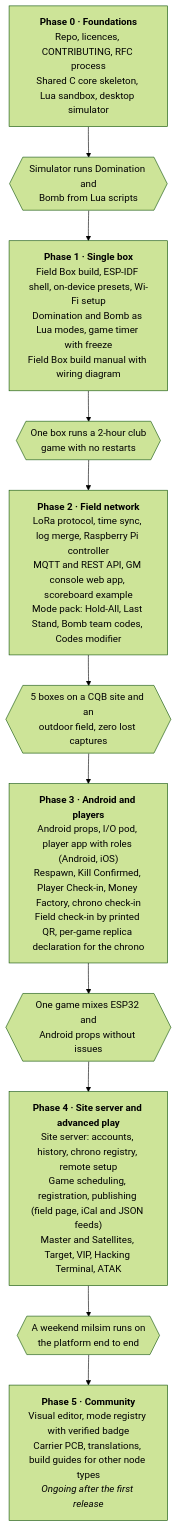
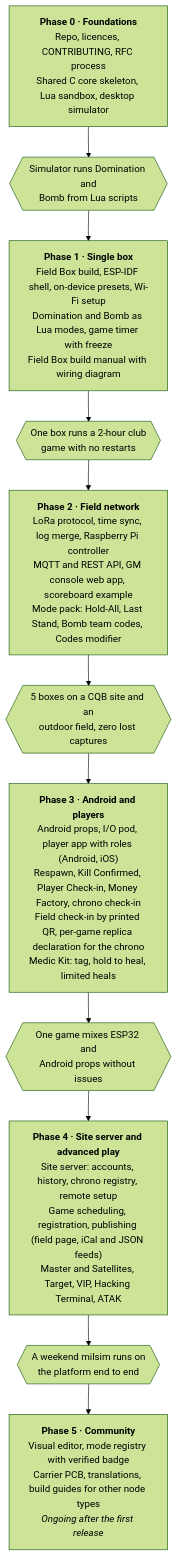
One commit to vakaobr/atalaia-project changed the third of 3 diagrams in docs/design-spec.md. Above: the diagram before and after it, drawn with Mermaid (forest theme). The commit also changed other lines of this file and 6 other files, not shown here.

First line of the commit message:
docs: queue the Medic Kit (Ligaduras) after phase 3 plan phase E

````diff
--- a/docs/design-spec.md
+++ b/docs/design-spec.md
@@ -961,15 +962,15 @@
 ```mermaid
 flowchart TB
     p0["<b>Phase 0 · Foundations</b><br/>Repo, licences, CONTRIBUTING, RFC process<br/>Shared C core skeleton, Lua sandbox, desktop simulator"]
     g0{{"Simulator runs Domination and<br/>Bomb from Lua scripts"}}
     p1["<b>Phase 1 · Single box</b><br/>Field Box build, ESP-IDF shell, on-device presets, Wi-Fi setup<br/>Domination and Bomb as Lua modes, game timer with freeze<br/>Field Box build manual with wiring diagram"]
     g1{{"One box runs a 2-hour club<br/>game with no restarts"}}
     p2["<b>Phase 2 · Field network</b><br/>LoRa protocol, time sync, log merge, Raspberry Pi controller<br/>MQTT and REST API, GM console web app, scoreboard example<br/>Mode pack: Hold-All, Last Stand, Bomb team codes, Codes modifier"]
     g2{{"5 boxes on a CQB site and an<br/>outdoor field, zero lost captures"}}
-    p3["<b>Phase 3 · Android and players</b><br/>Android props, I/O pod, player app with roles (Android, iOS)<br/>Respawn, Kill Confirmed, Player Check-in, Money Factory, chrono check-in<br/>Field check-in by printed QR, per-game replica declaration for the chrono"]
+    p3["<b>Phase 3 · Android and players</b><br/>Android props, I/O pod, player app with roles (Android, iOS)<br/>Respawn, Kill Confirmed, Player Check-in, Money Factory, chrono check-in<br/>Field check-in by printed QR, per-game replica declaration for the chrono<br/>Medic Kit: tag, hold to heal, limited heals"]
     g3{{"One game mixes ESP32 and<br/>Android props without issues"}}
     p4["<b>Phase 4 · Site server and advanced play</b><br/>Site server: accounts, history, chrono registry, remote setup<br/>Game scheduling, registration, publishing (field page, iCal and JSON feeds)<br/>Master and Satellites, Target, VIP, Hacking Terminal, ATAK"]
     g4{{"A weekend milsim runs on<br/>the platform end to end"}}
     p5["<b>Phase 5 · Community</b><br/>Visual editor, mode registry with verified badge<br/>Carrier PCB, translations, build guides for other node types<br/><i>Ongoing after the first release</i>"]
     p0 --> g0 --> p1 --> g1 --> p2 --> g2 --> p3 --> g3 --> p4 --> g4 --> p5
 ```
````
